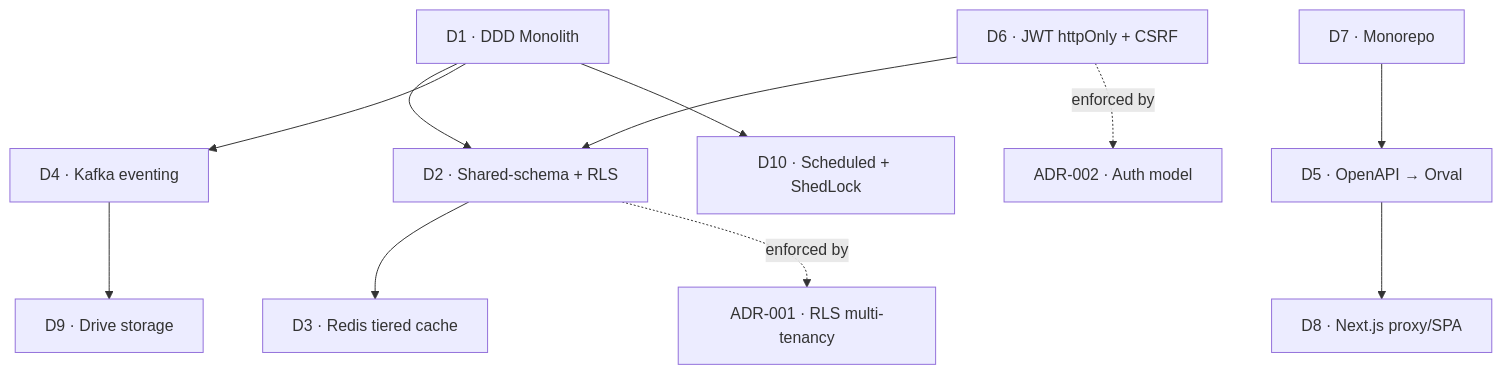
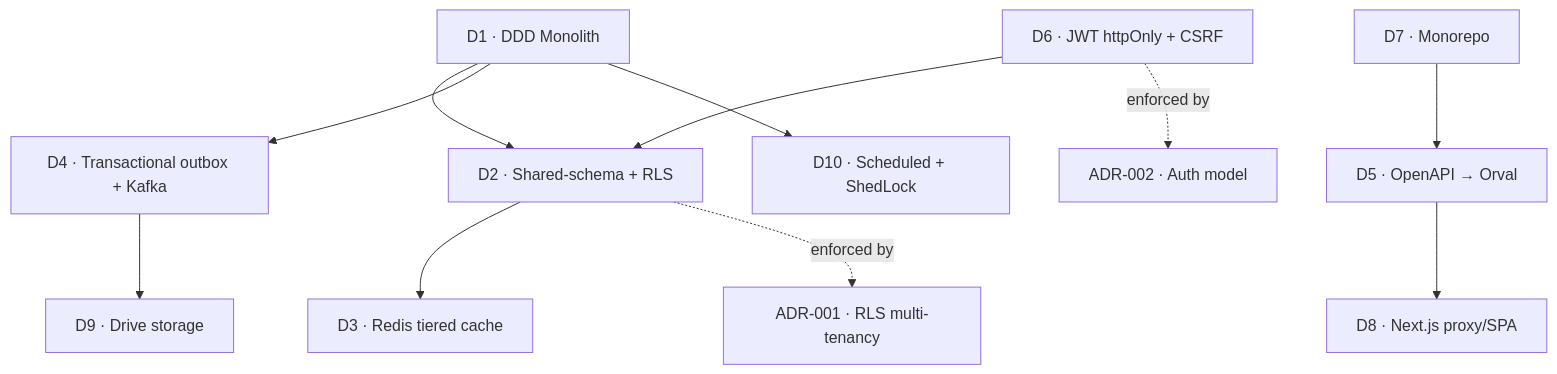
Before and after one commit to fayaz30395/nu-aura: the diagram in docs/obsidian/01-Architecture/Architecture-Decisions.md, drawn with Mermaid. The commit also changed other lines of this file and 45 other files, not shown here.

````diff
--- a/docs/obsidian/01-Architecture/Architecture-Decisions.md
+++ b/docs/obsidian/01-Architecture/Architecture-Decisions.md
@@ -44,13 +44,13 @@
 ```mermaid
 flowchart TD
     D1["D1 · DDD Monolith"] --> D2["D2 · Shared-schema + RLS"]
-    D1 --> D4["D4 · Kafka eventing"]
+    D1 --> D4["D4 · Transactional outbox + Kafka"]
     D2 --> D3["D3 · Redis tiered cache"]
     D6["D6 · JWT httpOnly + CSRF"] --> D2
     D5["D5 · OpenAPI → Orval"] --> D8["D8 · Next.js proxy/SPA"]
     D7["D7 · Monorepo"] --> D5
     D4 --> D9["D9 · Drive storage"]
     D1 --> D10["D10 · Scheduled + ShedLock"]
     D2 -. enforced by .-> ADR1["ADR-001 · RLS multi-tenancy"]
     D6 -. enforced by .-> ADR2["ADR-002 · Auth model"]
 ```
````
